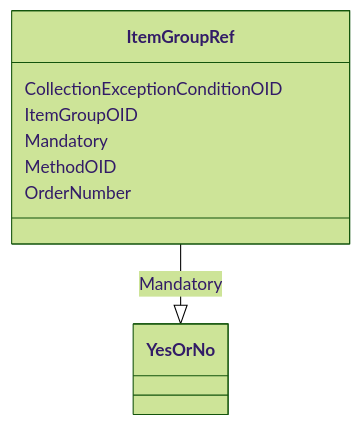
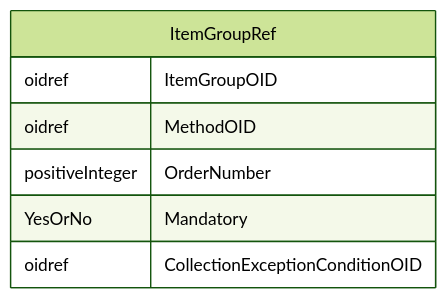
Before and after one commit to cdisc-org/DataExchange-ODM-LinkML: the diagram in docs/ItemGroupRef.md, drawn with Mermaid (forest theme). The commit also changed other lines of this file and 181 other files, not shown here.

Commit message:
ER diagrams working via templates and removing names with underscores

````diff
--- a/docs/ItemGroupRef.md
+++ b/docs/ItemGroupRef.md
@@ -14,17 +11,13 @@
 ```mermaid
- classDiagram
-    class ItemGroupRef
-      ItemGroupRef : CollectionExceptionConditionOID
-        
-      ItemGroupRef : ItemGroupOID
-        
-      ItemGroupRef : Mandatory
-        
-          ItemGroupRef --|> YesOrNo : Mandatory
-        
-      ItemGroupRef : MethodOID
-        
-      ItemGroupRef : OrderNumber
-        
-      
+erDiagram
+ItemGroupRef {
+    oidref ItemGroupOID  
+    oidref MethodOID  
+    positiveInteger OrderNumber  
+    YesOrNo Mandatory  
+    oidref CollectionExceptionConditionOID  
+}
+
+
+
 ```
````
